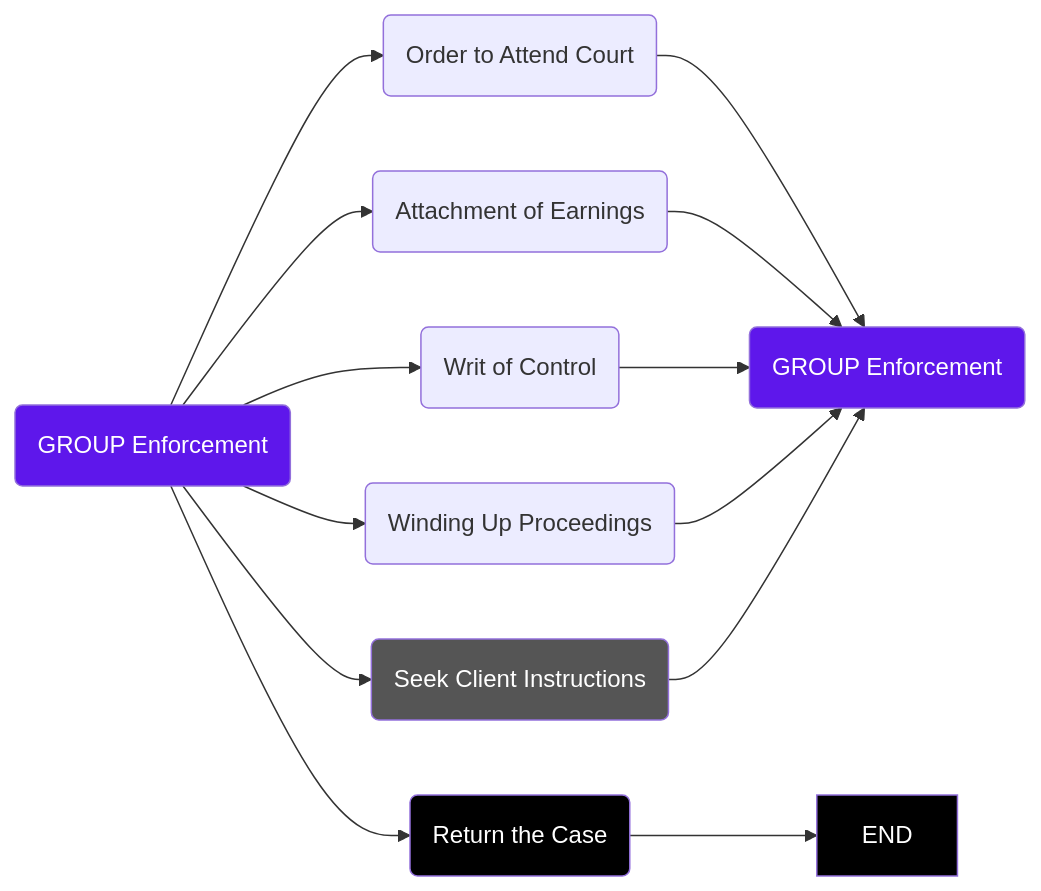
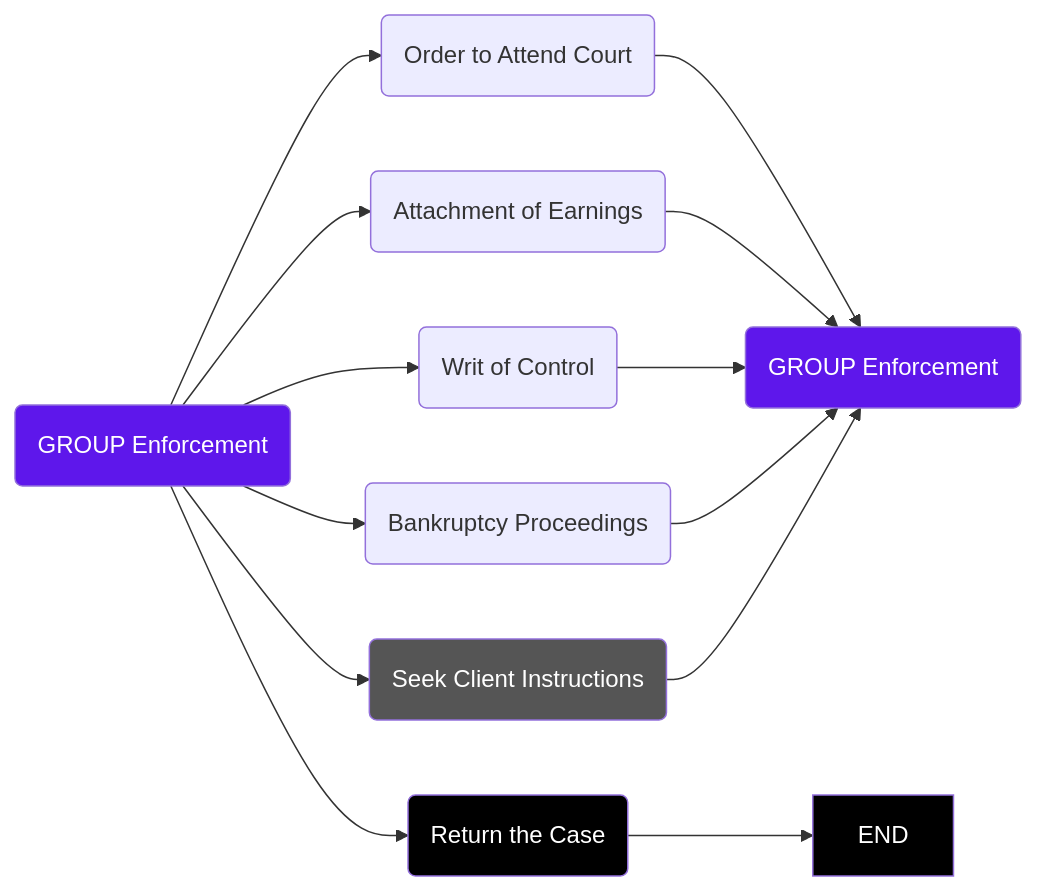
One commit to OrchardPaul/Smartguard-TechDocs changed the diagram in Project GadjIT/_Documentation/docfx_UserGuide/articles/smartflow/group_screens.md. Above: the diagram before and after it, drawn with Mermaid. The commit also changed other lines of this file and 5 other files, not shown here.

````diff
--- a/Project GadjIT/_Documentation/docfx_UserGuide/articles/smartflow/group_screens.md
+++ b/Project GadjIT/_Documentation/docfx_UserGuide/articles/smartflow/group_screens.md
@@ -37,20 +37,20 @@
 ```mermaid
 flowchart LR
     A(GROUP Enforcement) --> B(Order to Attend Court)
     A(GROUP Enforcement) --> C(Attachment of Earnings)
     A(GROUP Enforcement) --> D(Writ of Control)
-    A(GROUP Enforcement) --> E(Winding Up Proceedings)
+    A(GROUP Enforcement) --> E(Bankruptcy Proceedings)
     A(GROUP Enforcement) --> F(Seek Client Instructions)
     A(GROUP Enforcement) --> G(Return the Case)
     B(Order to Attend Court) --> X(GROUP Enforcement)
     C(Attachment of Earnings) --> X(GROUP Enforcement)
     D(Writ of Control) --> X(GROUP Enforcement)
-    E(Winding Up Proceedings) --> X(GROUP Enforcement)
+    E(Bankruptcy Proceedings) --> X(GROUP Enforcement)
     F(Seek Client Instructions) --> X(GROUP Enforcement)
     G(Return the Case) --> Y[END]
     style A fill:#5e17eb,color:#fff
     style X fill:#5e17eb,color:#fff
     style F fill:#555,color:#fff
     style G fill:#000,color:#fff
     style Y fill:#000,color:#fff
 ```
````
